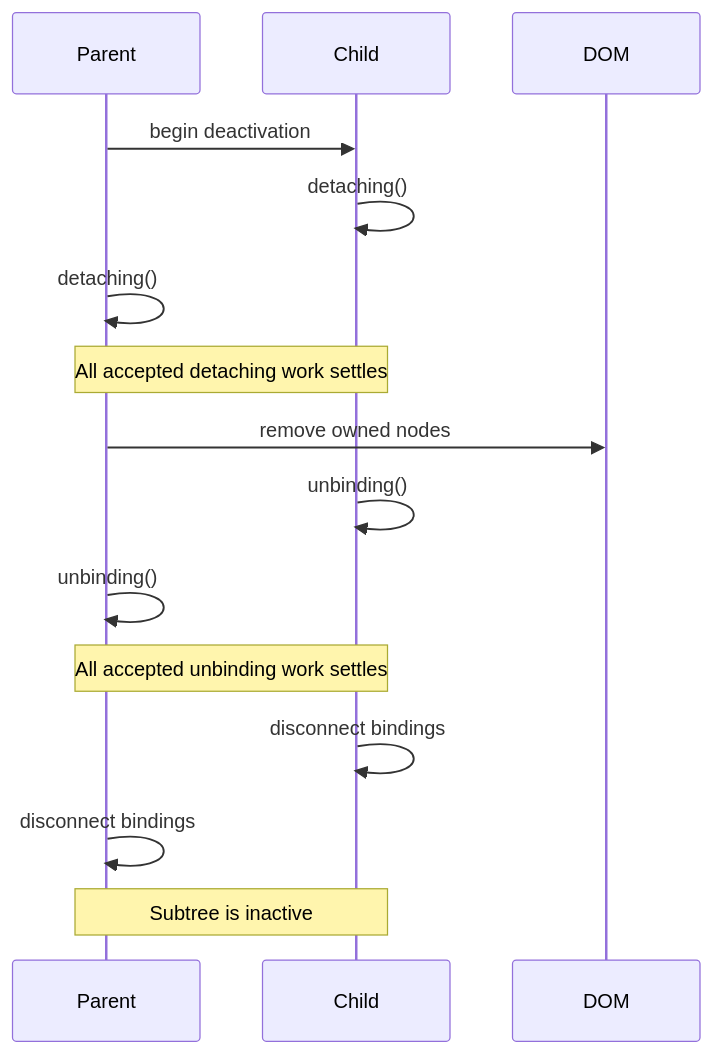
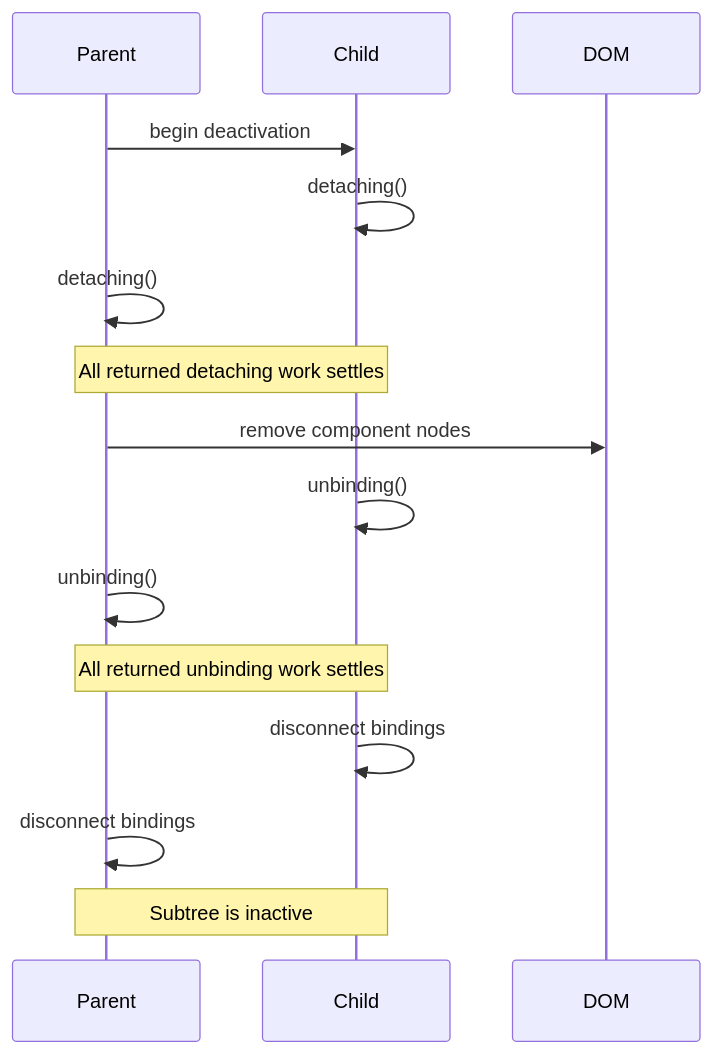
Before and after one commit to aurelia/aurelia: the second of 3 diagrams in docs/user-docs/components/lifecycle-diagrams.md, drawn with Mermaid. The commit also changed other lines of this file and 25 other files, not shown here.

````diff
--- a/docs/user-docs/components/lifecycle-diagrams.md
+++ b/docs/user-docs/components/lifecycle-diagrams.md
@@ -62,21 +62,21 @@
 ```mermaid
 sequenceDiagram
     participant Parent
     participant Child
     participant DOM
 
     Parent->>Child: begin deactivation
     Child->>Child: detaching()
     Parent->>Parent: detaching()
-    Note over Parent,Child: All accepted detaching work settles
+    Note over Parent,Child: All returned detaching work settles
 
-    Parent->>DOM: remove owned nodes
+    Parent->>DOM: remove component nodes
 
     Child->>Child: unbinding()
     Parent->>Parent: unbinding()
-    Note over Parent,Child: All accepted unbinding work settles
+    Note over Parent,Child: All returned unbinding work settles
 
     Child->>Child: disconnect bindings
     Parent->>Parent: disconnect bindings
     Note over Parent,Child: Subtree is inactive
 ```
````
